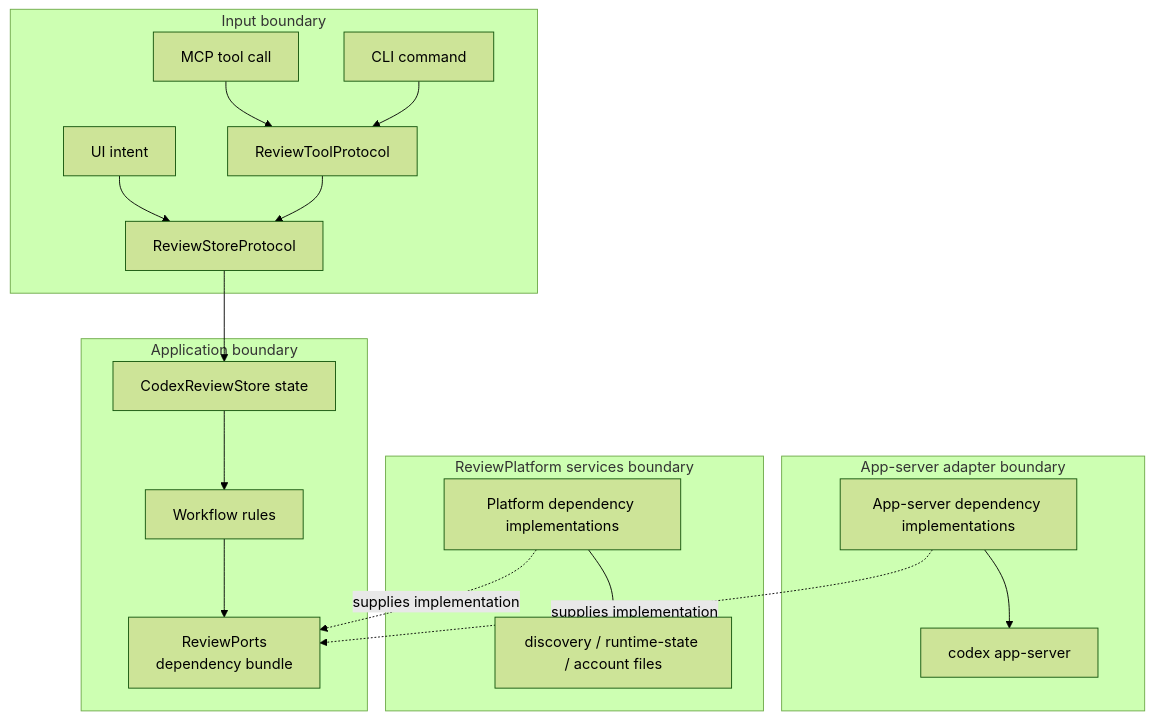
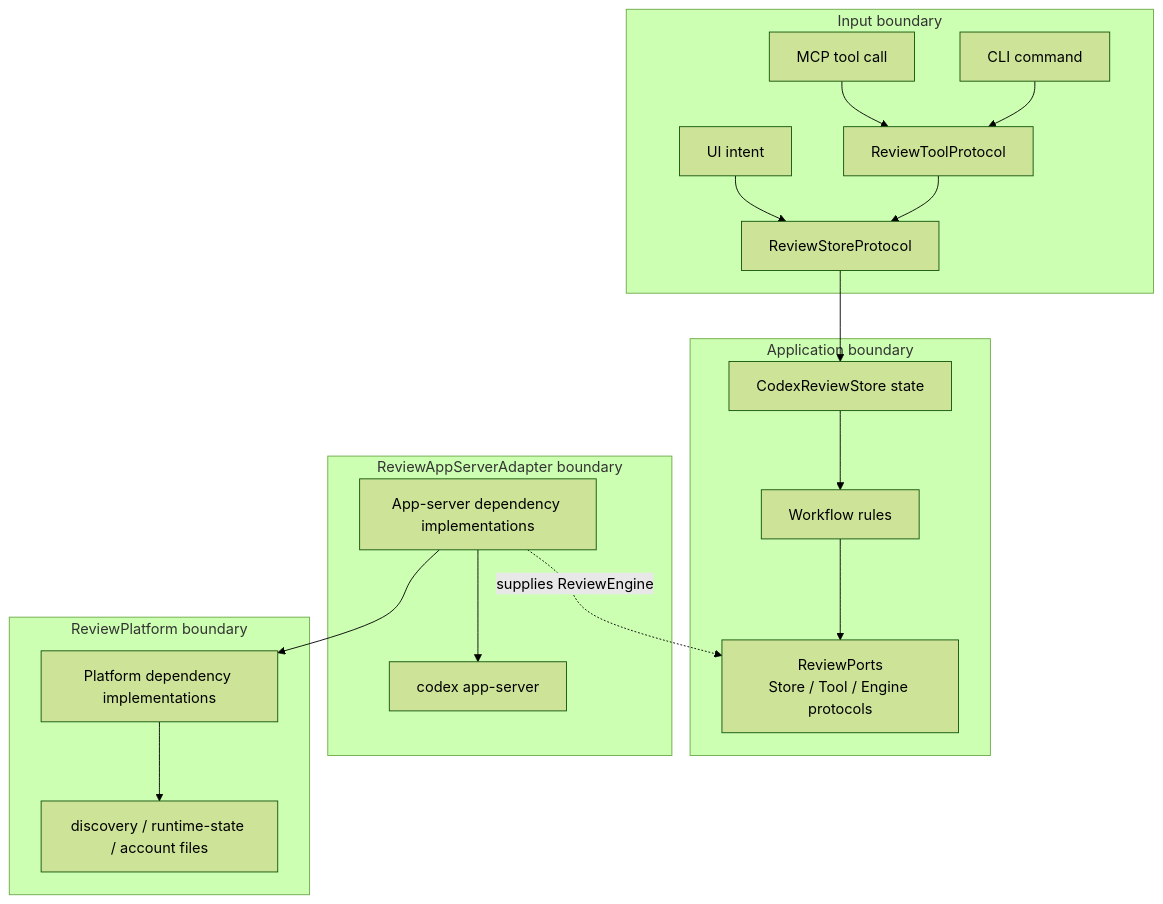
One commit to lynnswap/CodexReviewMCP changed the eighth of 8 diagrams in Docs/architecture-overview.md. Above: the diagram before and after it, drawn with Mermaid (forest theme). The commit also changed other lines of this file and 8 other files, not shown here.

Commit message:
refactor(ports): add review store and tool protocols

````diff
--- a/Docs/architecture-overview.md
+++ b/Docs/architecture-overview.md
@@ -375,38 +357,38 @@
 ```mermaid
 flowchart TB
     subgraph InputBoundary["Input boundary"]
         UIIntent["UI intent"]
         MCPIntent["MCP tool call"]
         CLIIntent["CLI command"]
         StoreBoundary["ReviewStoreProtocol"]
         ToolBoundary["ReviewToolProtocol"]
     end
 
     subgraph AppBoundary["Application boundary"]
         StoreState["CodexReviewStore state"]
         WorkflowRules["Workflow rules"]
-        DependencyBundle["ReviewPorts<br/>dependency bundle"]
+        DependencyBundle["ReviewPorts<br/>Store / Tool / Engine protocols"]
     end
 
-    subgraph AppServerBoundary["App-server adapter boundary"]
+    subgraph AppServerBoundary["ReviewAppServerAdapter boundary"]
         AppServerAdapters["App-server dependency implementations"]
         SharedAppServer["codex app-server"]
     end
 
-    subgraph PlatformBoundary["ReviewPlatform services boundary"]
+    subgraph PlatformBoundary["ReviewPlatform boundary"]
         PlatformAdapters["Platform dependency implementations"]
         RuntimeFiles["discovery / runtime-state / account files"]
     end
 
     UIIntent --> StoreBoundary
     MCPIntent --> ToolBoundary
     CLIIntent --> ToolBoundary
     ToolBoundary --> StoreBoundary
     StoreBoundary --> StoreState
     StoreState --> WorkflowRules
     WorkflowRules --> DependencyBundle
-    AppServerAdapters -.->|supplies implementation| DependencyBundle
-    PlatformAdapters -.->|supplies implementation| DependencyBundle
+    AppServerAdapters -.->|supplies ReviewEngine| DependencyBundle
     AppServerAdapters --> SharedAppServer
+    AppServerAdapters --> PlatformAdapters
     PlatformAdapters --> RuntimeFiles
 ```
````
